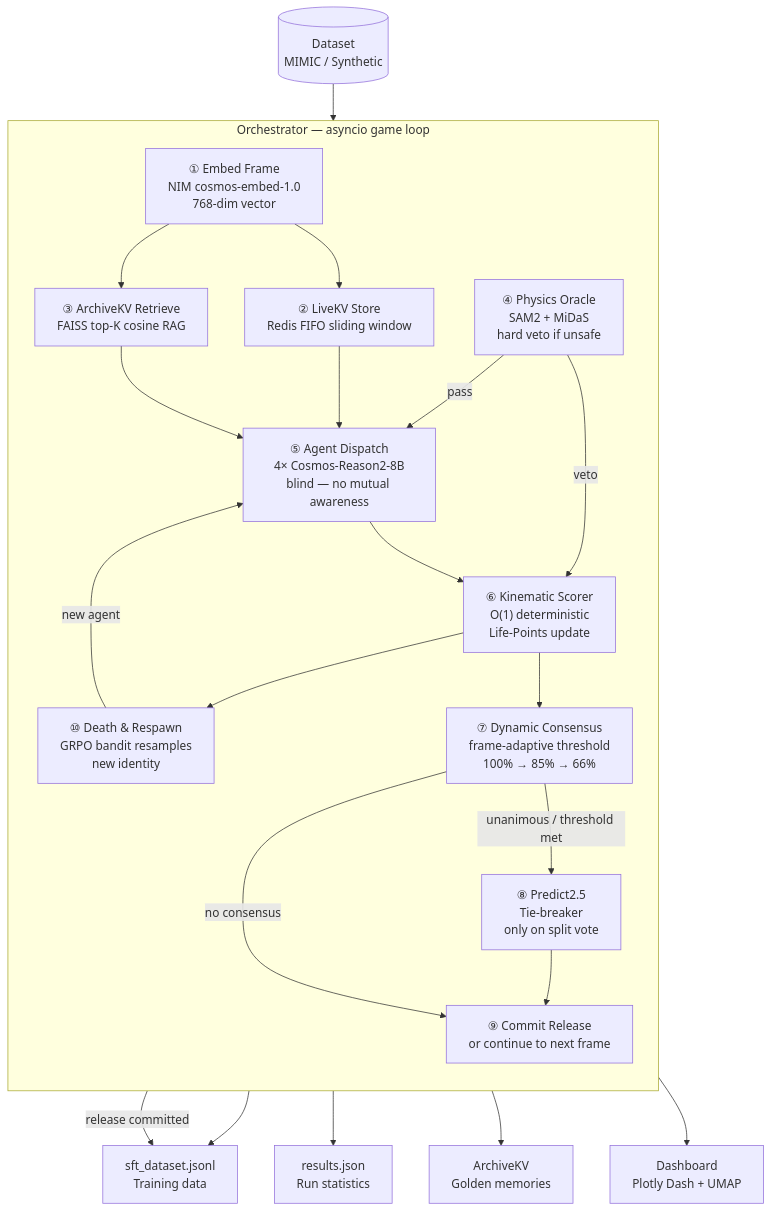
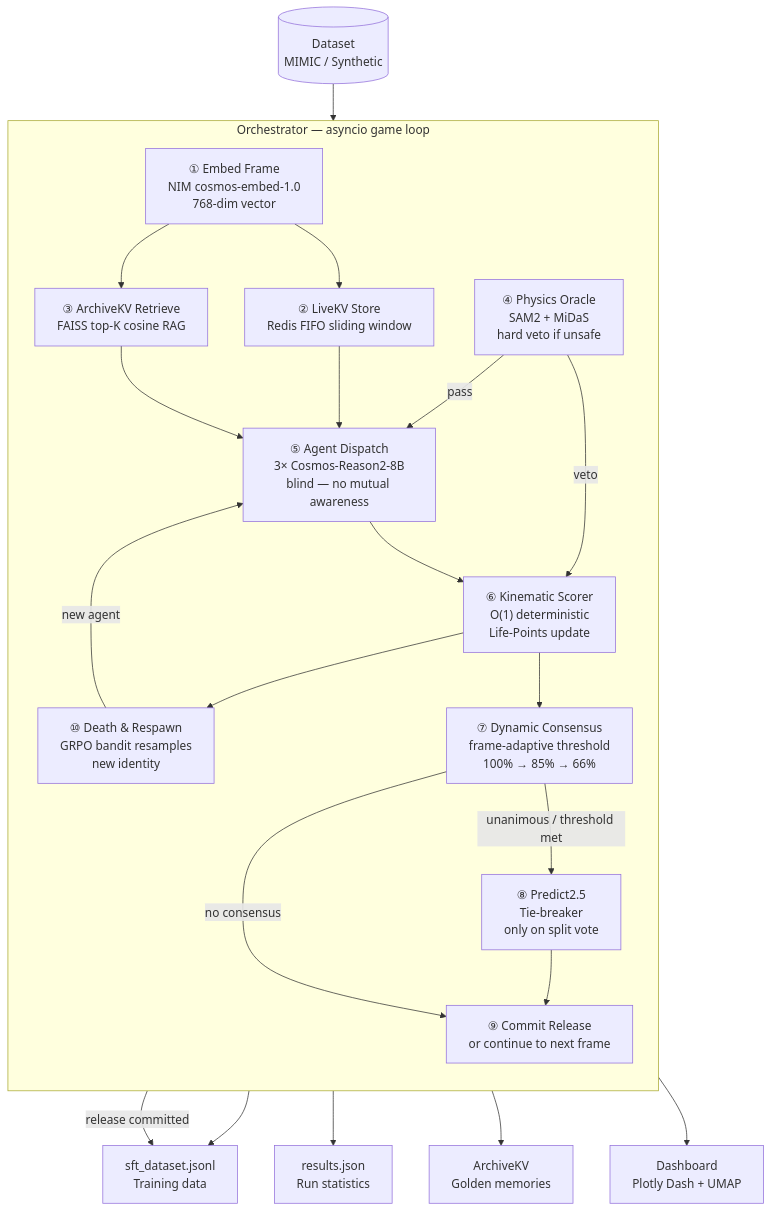
One commit to AmeerJ97/cosmos-cookoff changed the first of 8 diagrams in docs/Architecture docs/ABEE System Documentation.md. Above: the diagram before and after it, drawn with Mermaid. The commit also changed other lines of this file and 13 other files, not shown here.

````diff
--- a/docs/Architecture docs/ABEE System Documentation.md
+++ b/docs/Architecture docs/ABEE System Documentation.md
@@ -40,38 +40,38 @@
 ```mermaid
 flowchart TD
     DS[(Dataset\nMIMIC / Synthetic)] --> ORC
 
     subgraph ORC["Orchestrator — asyncio game loop"]
         direction TB
         EMB["① Embed Frame\nNIM cosmos-embed-1.0\n768-dim vector"]
         LKV["② LiveKV Store\nRedis FIFO sliding window"]
         AKV["③ ArchiveKV Retrieve\nFAISS top-K cosine RAG"]
         ORA["④ Physics Oracle\nSAM2 + MiDaS\nhard veto if unsafe"]
-        DSP["⑤ Agent Dispatch\n4× Cosmos-Reason2-8B\nblind — no mutual awareness"]
+        DSP["⑤ Agent Dispatch\n3× Cosmos-Reason2-8B\nblind — no mutual awareness"]
         SCR["⑥ Kinematic Scorer\nO(1) deterministic\nLife-Points update"]
         CTH["⑦ Dynamic Consensus\nframe-adaptive threshold\n100% → 85% → 66%"]
         TIE["⑧ Predict2.5\nTie-breaker\nonly on split vote"]
         REL["⑨ Commit Release\nor continue to next frame"]
         DET["⑩ Death & Respawn\nGRPO bandit resamples\nnew identity"]
     end
 
     ORC --> SFT["sft_dataset.jsonl\nTraining data"]
     ORC --> RES["results.json\nRun statistics"]
     ORC --> ARC["ArchiveKV\nGolden memories"]
     ORC --> DASH["Dashboard\nPlotly Dash + UMAP"]
 
     EMB --> LKV
     EMB --> AKV
     LKV --> DSP
     AKV --> DSP
     ORA -->|veto| SCR
     ORA -->|pass| DSP
     DSP --> SCR
     SCR --> CTH
     CTH -->|unanimous / threshold met| TIE
     TIE --> REL
     CTH -->|no consensus| REL
     REL -->|release committed| SFT
     SCR --> DET
     DET -->|new agent| DSP
 ```
````
